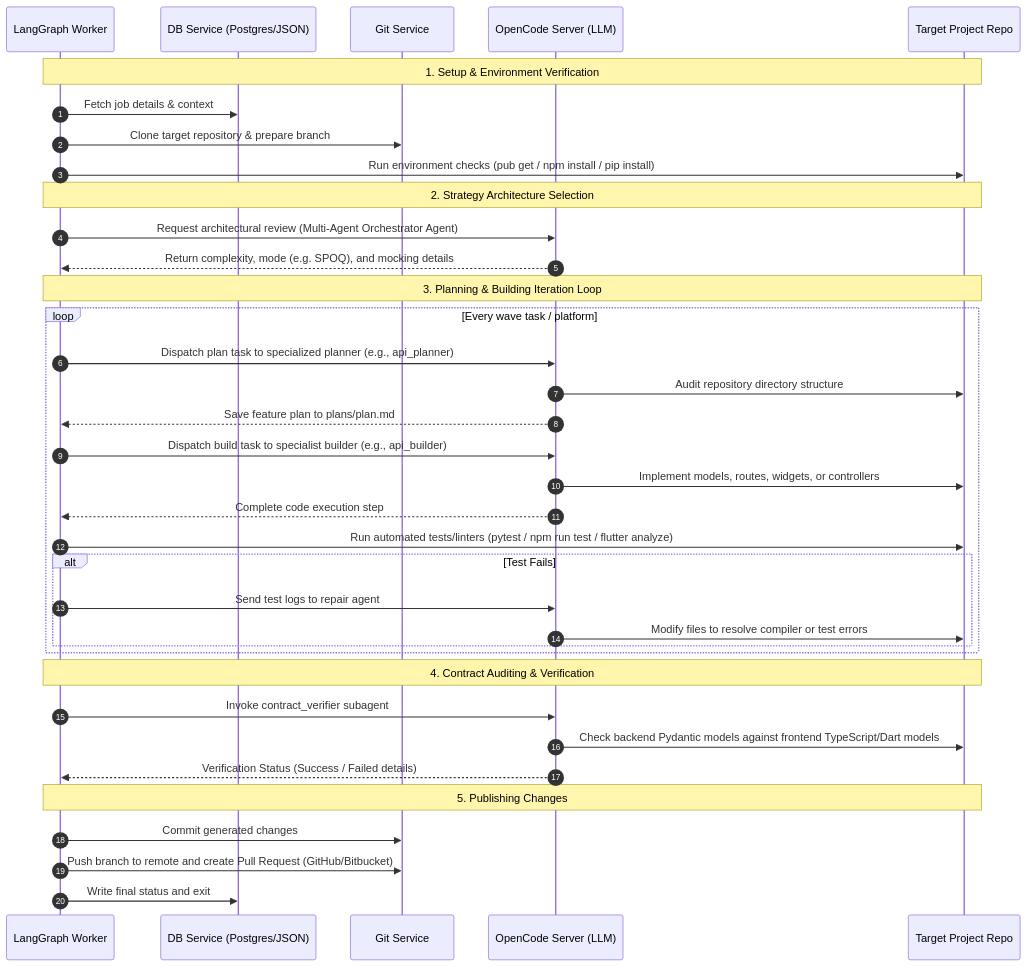
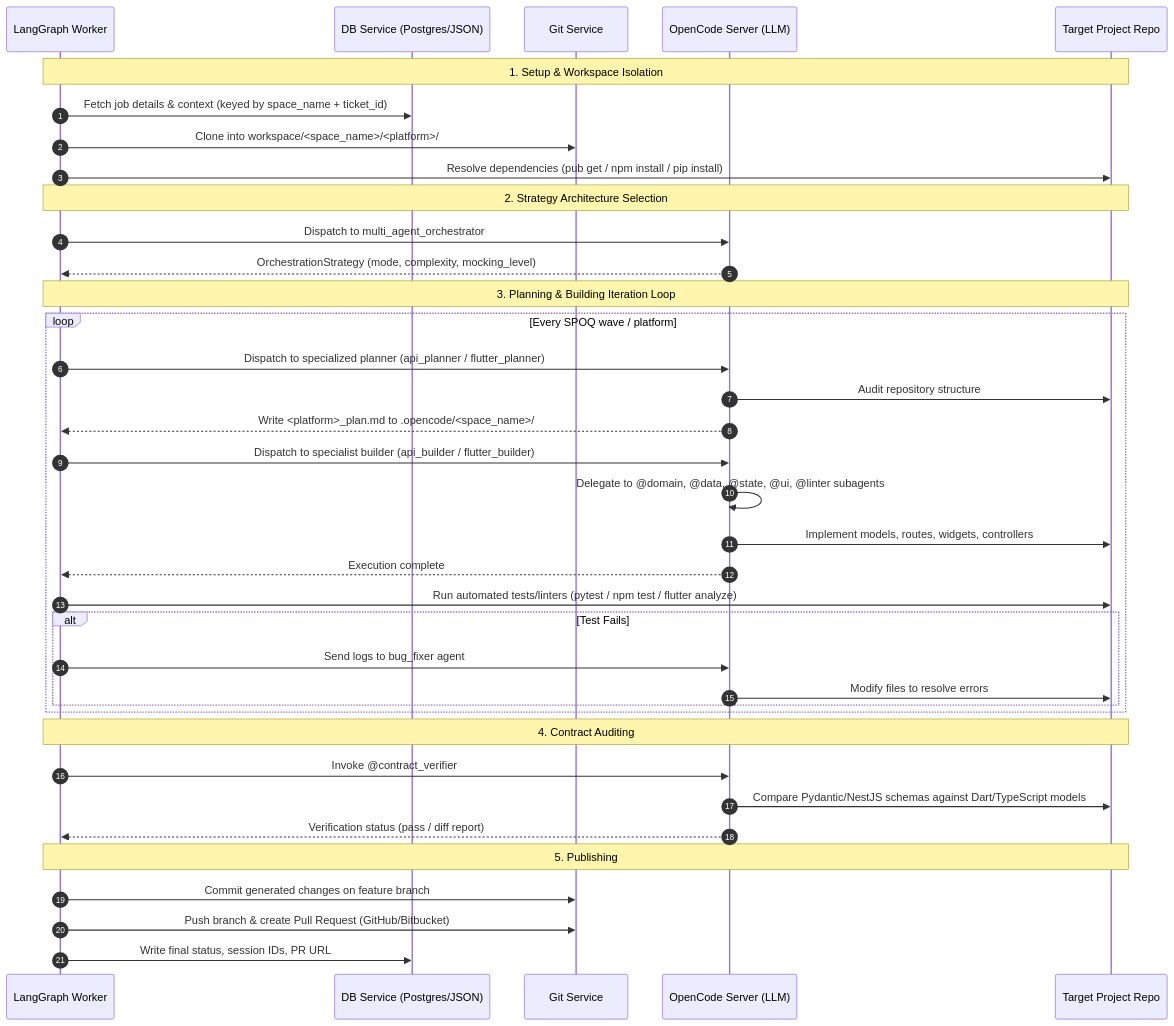
The third of 4 diagrams in ebprocess-development/Architecture.md (basnetjiten/test-repo), drawn with Mermaid before and after one commit. The commit also changed other lines of this file, not shown here.

First line of the commit message:
docs: rewrite Architecture.md to reflect multi-project isolation and full agent pool

````diff
--- a/ebprocess-development/Architecture.md
+++ b/ebprocess-development/Architecture.md
@@ -131,45 +235,46 @@
 ```mermaid
 sequenceDiagram
     autonumber
     participant Pipeline as LangGraph Worker
     participant DB as DB Service (Postgres/JSON)
     participant git as Git Service
     participant OpenCode as OpenCode Server (LLM)
     participant Repo as Target Project Repo
 
-    Note over Pipeline,Repo: 1. Setup & Environment Verification
-    Pipeline->>DB: Fetch job details & context
-    Pipeline->>git: Clone target repository & prepare branch
-    Pipeline->>Repo: Run environment checks (pub get / npm install / pip install)
+    Note over Pipeline,Repo: 1. Setup & Workspace Isolation
+    Pipeline->>DB: Fetch job details & context (keyed by space_name + ticket_id)
+    Pipeline->>git: Clone into workspace/<space_name>/<platform>/
+    Pipeline->>Repo: Resolve dependencies (pub get / npm install / pip install)
 
     Note over Pipeline,Repo: 2. Strategy Architecture Selection
-    Pipeline->>OpenCode: Request architectural review (Multi-Agent Orchestrator Agent)
-    OpenCode-->>Pipeline: Return complexity, mode (e.g. SPOQ), and mocking details
+    Pipeline->>OpenCode: Dispatch to multi_agent_orchestrator
+    OpenCode-->>Pipeline: OrchestrationStrategy (mode, complexity, mocking_level)
 
     Note over Pipeline,Repo: 3. Planning & Building Iteration Loop
-    loop Every wave task / platform
-        Pipeline->>OpenCode: Dispatch plan task to specialized planner (e.g., api_planner)
-        OpenCode->>Repo: Audit repository directory structure
-        OpenCode-->>Pipeline: Save feature plan to plans/plan.md
-        
-        Pipeline->>OpenCode: Dispatch build task to specialist builder (e.g., api_builder)
-        OpenCode->>Repo: Implement models, routes, widgets, or controllers
-        OpenCode-->>Pipeline: Complete code execution step
-        
-        Pipeline->>Repo: Run automated tests/linters (pytest / npm run test / flutter analyze)
+    loop Every SPOQ wave / platform
+        Pipeline->>OpenCode: Dispatch to specialized planner (api_planner / flutter_planner)
+        OpenCode->>Repo: Audit repository structure
+        OpenCode-->>Pipeline: Write <platform>_plan.md to .opencode/<space_name>/
+
+        Pipeline->>OpenCode: Dispatch to specialist builder (api_builder / flutter_builder)
+        OpenCode->>OpenCode: Delegate to @domain, @data, @state, @ui, @linter subagents
+        OpenCode->>Repo: Implement models, routes, widgets, controllers
+        OpenCode-->>Pipeline: Execution complete
+
+        Pipeline->>Repo: Run automated tests/linters (pytest / npm test / flutter analyze)
         alt Test Fails
-            Pipeline->>OpenCode: Send test logs to repair agent
-            OpenCode->>Repo: Modify files to resolve compiler or test errors
+            Pipeline->>OpenCode: Send logs to bug_fixer agent
+            OpenCode->>Repo: Modify files to resolve errors
         end
     end
 
-    Note over Pipeline,Repo: 4. Contract Auditing & Verification
-    Pipeline->>OpenCode: Invoke contract_verifier subagent
-    OpenCode->>Repo: Check backend Pydantic models against frontend TypeScript/Dart models
-    OpenCode-->>Pipeline: Verification Status (Success / Failed details)
+    Note over Pipeline,Repo: 4. Contract Auditing
+    Pipeline->>OpenCode: Invoke @contract_verifier
+    OpenCode->>Repo: Compare Pydantic/NestJS schemas against Dart/TypeScript models
+    OpenCode-->>Pipeline: Verification status (pass / diff report)
 
-    Note over Pipeline,Repo: 5. Publishing Changes
-    Pipeline->>git: Commit generated changes
-    Pipeline->>git: Push branch to remote and create Pull Request (GitHub/Bitbucket)
-    Pipeline->>DB: Write final status and exit
+    Note over Pipeline,Repo: 5. Publishing
+    Pipeline->>git: Commit generated changes on feature branch
+    Pipeline->>git: Push branch & create Pull Request (GitHub/Bitbucket)
+    Pipeline->>DB: Write final status, session IDs, PR URL
 ```
````
